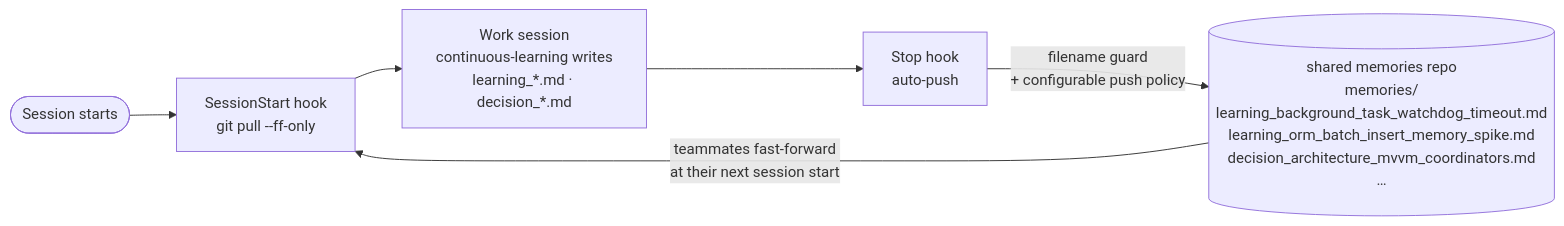
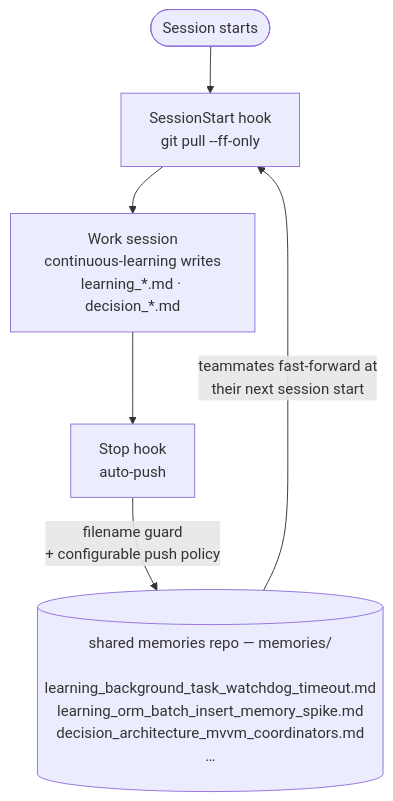
The first of 3 diagrams in README.md (breferrari/shared-memories), drawn with Mermaid before and after one commit. The commit also changed other lines of this file, not shown here.

First line of the commit message:
Make the loop diagram vertical and scope the README to the pack as it is

````diff
--- a/README.md
+++ b/README.md
@@ -41,9 +41,9 @@
 ```mermaid
-flowchart LR
+flowchart TD
     S([Session starts]) --> P["SessionStart hook<br/>git pull --ff-only"]
     P --> W["Work session<br/>continuous-learning writes<br/>learning_*.md · decision_*.md"]
     W --> T["Stop hook<br/>auto-push"]
     T -->|"filename guard<br/>+ configurable push policy"| R
-    R[("shared memories repo<br/>memories/<br/>learning_background_task_watchdog_timeout.md<br/>learning_orm_batch_insert_memory_spike.md<br/>decision_architecture_mvvm_coordinators.md<br/>…")]
-    R -->|"teammates fast-forward<br/>at their next session start"| P
+    R[("shared memories repo — memories/<br/><br/>learning_background_task_watchdog_timeout.md<br/>learning_orm_batch_insert_memory_spike.md<br/>decision_architecture_mvvm_coordinators.md<br/>…")]
+    R -->|"teammates fast-forward at<br/>their next session start"| P
 ```
````
